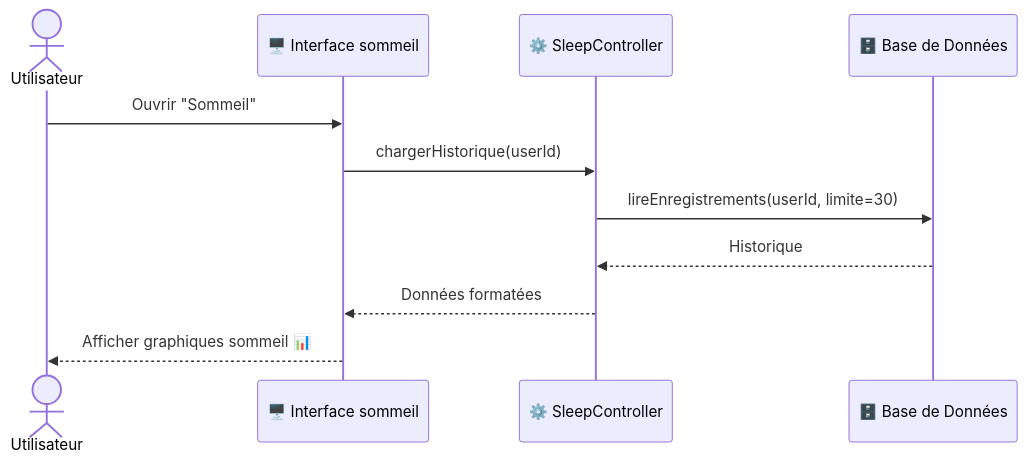
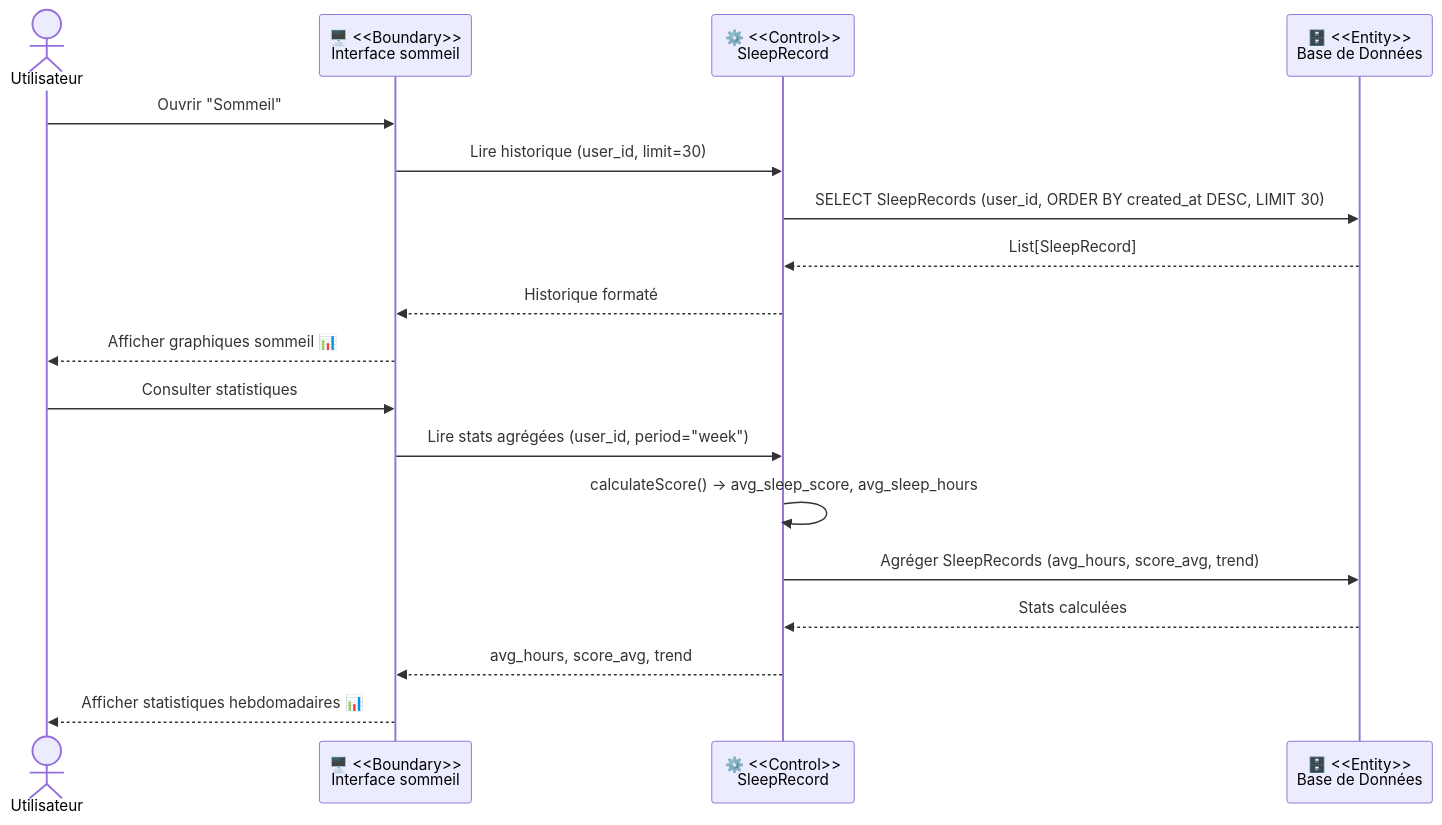
One commit to Jkacem/smart_focus changed diagram 16 of 20 in docs/Conception_DiagrammeSequence.md. Above: the diagram before and after it, drawn with Mermaid. The commit also changed other lines of this file and 31 other files, not shown here.

````diff
--- a/docs/Conception_DiagrammeSequence.md
+++ b/docs/Conception_DiagrammeSequence.md
@@ -405,14 +550,22 @@
 ```mermaid
 sequenceDiagram
     actor Utilisateur
-    participant B as 🖥️ Interface sommeil
-    participant C as ⚙️ SleepController
-    participant E as 🗄️ Base de Données
+    participant B  as 🖥️ <<Boundary>><br/>Interface sommeil
+    participant SR as ⚙️ <<Control>><br/>SleepRecord
+    participant E  as 🗄️ <<Entity>><br/>Base de Données
 
     Utilisateur->>B: Ouvrir "Sommeil"
-    B->>C: chargerHistorique(userId)
-    C->>E: lireEnregistrements(userId, limite=30)
-    E-->>C: Historique
-    C-->>B: Données formatées
+    B->>SR: Lire historique (user_id, limit=30)
+    SR->>E: SELECT SleepRecords (user_id, ORDER BY created_at DESC, LIMIT 30)
+    E-->>SR: List[SleepRecord]
+    SR-->>B: Historique formaté
     B-->>Utilisateur: Afficher graphiques sommeil 📊
+
+    Utilisateur->>B: Consulter statistiques
+    B->>SR: Lire stats agrégées (user_id, period="week")
+    SR->>SR: calculateScore() → avg_sleep_score, avg_sleep_hours
+    SR->>E: Agréger SleepRecords (avg_hours, score_avg, trend)
+    E-->>SR: Stats calculées
+    SR-->>B: avg_hours, score_avg, trend
+    B-->>Utilisateur: Afficher statistiques hebdomadaires 📊
 ```
````
